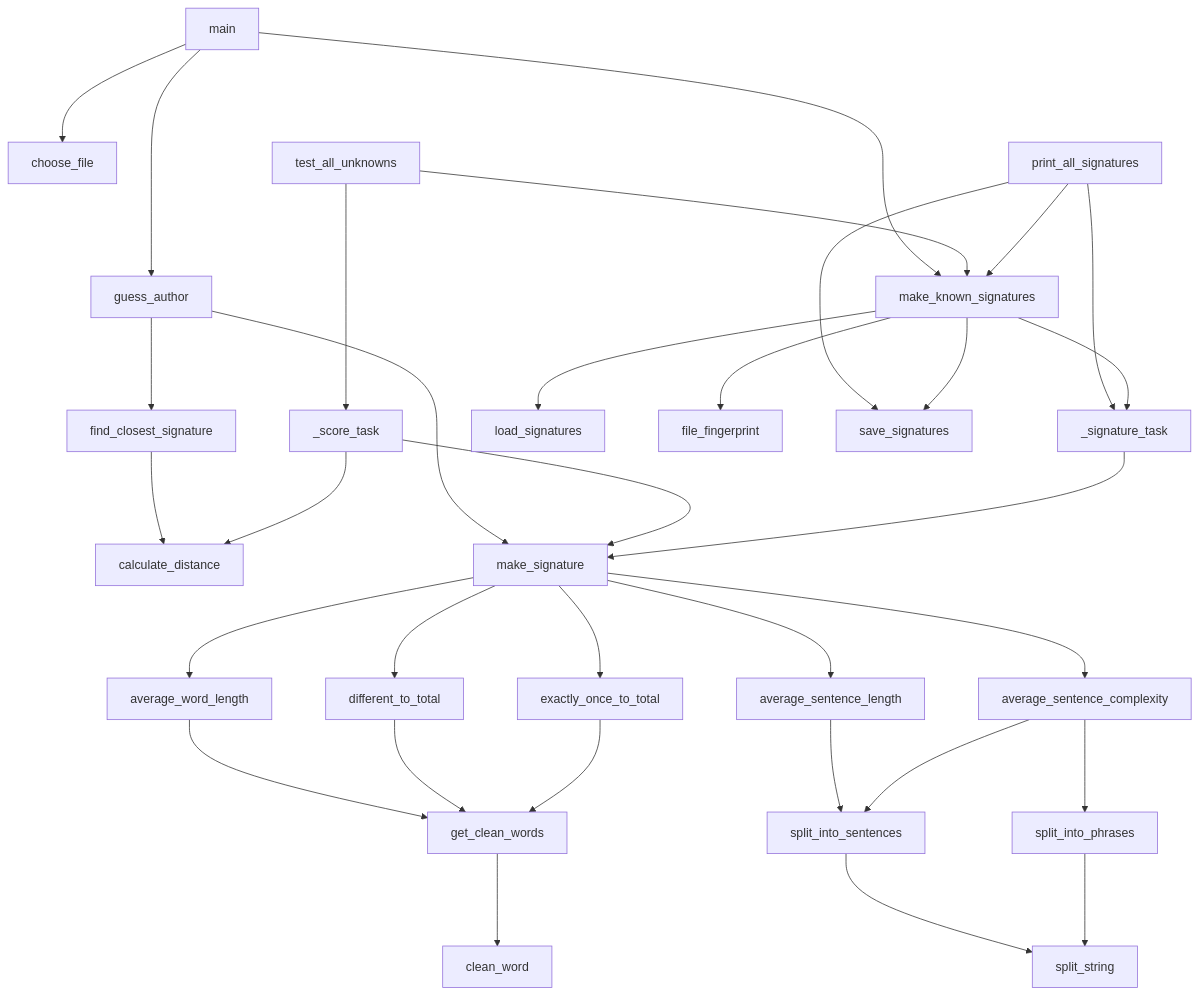
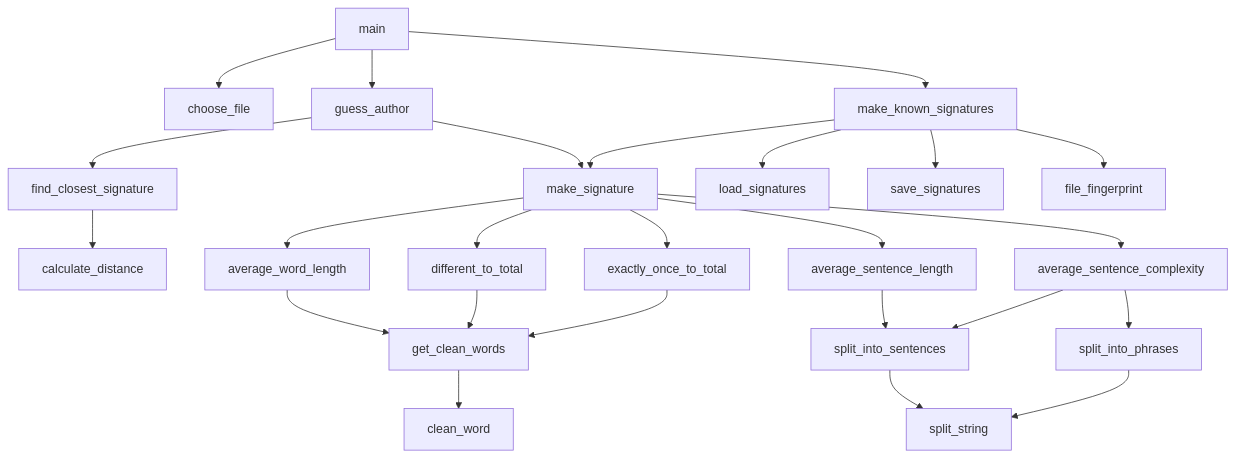
One commit to AidanColvin/style-distance changed the diagram in function-flow.md. Above: the diagram before and after it, drawn with Mermaid.

Commit message:
Refactor function flow diagram to remove unused functions and improve clarity

````diff
--- a/function-flow.md
+++ b/function-flow.md
@@ -2,83 +2,60 @@
 ```mermaid
-%%{init: {"flowchart": {"rankSpacing": 120, "nodeSpacing": 70, "curve": "basis"}} }%%
 flowchart TD
     %% Functions
-    main
-
-    choose_file
-    guess_author
-    test_all_unknowns
-    print_all_signatures
-
+            main
+            
+            choose_file
+            guess_author
+    
+    make_known_signatures
     find_closest_signature
-    _score_task
-    make_known_signatures
-
+    make_signature
     calculate_distance
-    _signature_task
+    
     load_signatures
+    save_signatures
     file_fingerprint
-    save_signatures
-
-    make_signature
-
+    
     average_word_length
     different_to_total
     exactly_once_to_total
     average_sentence_length
     average_sentence_complexity
-
+    
     get_clean_words
     split_into_sentences
     split_into_phrases
     clean_word
     split_string
-
-    %% invisible links: keep main alone and centered on the top level
-    main ~~~ test_all_unknowns
-    main ~~~ print_all_signatures
-
     %% Calls
     main --> choose_file
     main --> guess_author
     main --> make_known_signatures
-
+    
     guess_author --> find_closest_signature
     guess_author --> make_signature
-
-    test_all_unknowns --> _score_task
-    test_all_unknowns --> make_known_signatures
-
-    print_all_signatures --> make_known_signatures
-    print_all_signatures --> _signature_task
-    print_all_signatures --> save_signatures
-
+    make_known_signatures --> make_signature
+    
+    make_known_signatures --> load_signatures
+    make_known_signatures --> save_signatures
+    make_known_signatures --> file_fingerprint
+    
     find_closest_signature --> calculate_distance
-    _score_task --> make_signature
-    _score_task --> calculate_distance
-
-    make_known_signatures --> _signature_task
-    make_known_signatures --> load_signatures
-    make_known_signatures --> file_fingerprint
-    make_known_signatures --> save_signatures
-
-    _signature_task --> make_signature
-
     make_signature --> average_word_length
     make_signature --> different_to_total
     make_signature --> exactly_once_to_total
     make_signature --> average_sentence_length
     make_signature --> average_sentence_complexity
-
+    
     average_word_length --> get_clean_words
     different_to_total --> get_clean_words
     exactly_once_to_total --> get_clean_words
     get_clean_words --> clean_word
-
+    
     average_sentence_length --> split_into_sentences
     average_sentence_complexity --> split_into_sentences
     average_sentence_complexity --> split_into_phrases
-
+    
     split_into_sentences --> split_string
     split_into_phrases --> split_string
 ```
````
